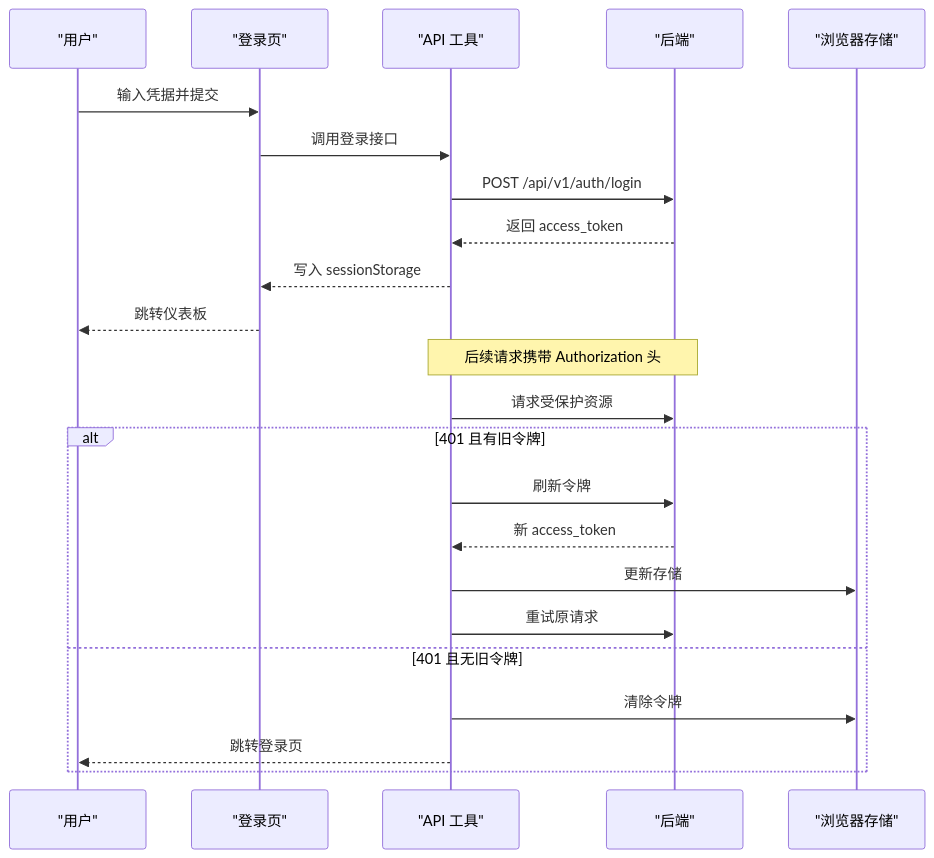
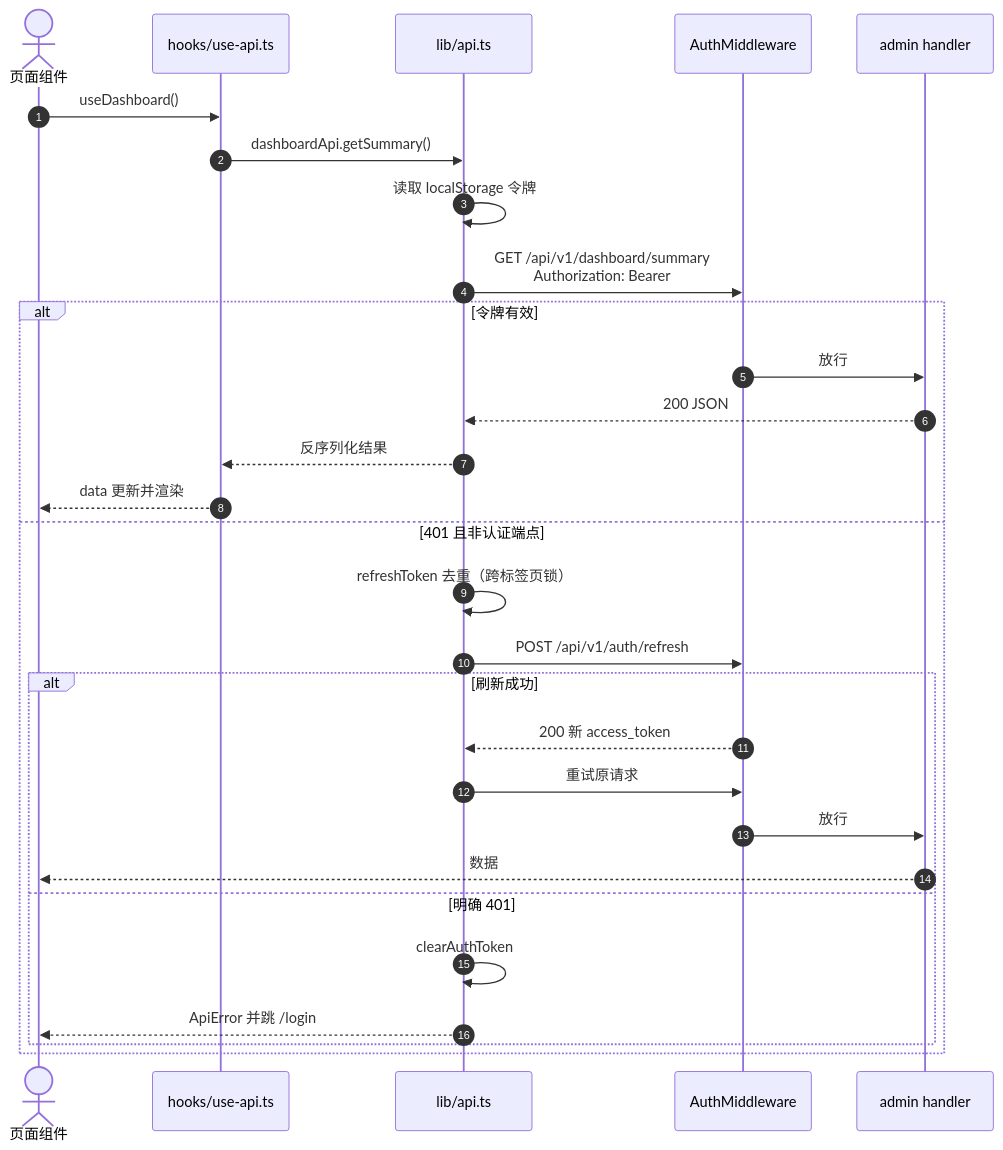
Before and after one commit to x01n/My-OpenWaf: the fourth of 8 diagrams in docs/前端管理界面/Next.js 架构设计/Next.js 架构设计.md, drawn with Mermaid. The commit also changed other lines of this file and 622 other files, not shown here.

````diff
--- a/docs/前端管理界面/Next.js 架构设计/Next.js 架构设计.md
+++ b/docs/前端管理界面/Next.js 架构设计/Next.js 架构设计.md
@@ -282,25 +402,31 @@
 ```mermaid
 sequenceDiagram
-participant U as "用户"
-participant LP as "登录页"
-participant API as "API 工具"
-participant BE as "后端"
-participant LS as "浏览器存储"
-U->>LP : 输入凭据并提交
-LP->>API : 调用登录接口
-API->>BE : POST /api/v1/auth/login
-BE-->>API : 返回 access_token
-API-->>LP : 写入 sessionStorage
-LP-->>U : 跳转仪表板
-Note over API,BE : 后续请求携带 Authorization 头
-API->>BE : 请求受保护资源
-alt 401 且有旧令牌
-API->>BE : 刷新令牌
-BE-->>API : 新 access_token
-API->>LS : 更新存储
-API->>BE : 重试原请求
-else 401 且无旧令牌
-API->>LS : 清除令牌
-API-->>U : 跳转登录页
-end
+  autonumber
+  actor P as 页面组件
+  participant H as hooks/use-api.ts
+  participant A as lib/api.ts
+  participant M as AuthMiddleware
+  participant D as admin handler
+  P->>H: useDashboard()
+  H->>A: dashboardApi.getSummary()
+  A->>A: 读取 localStorage 令牌
+  A->>M: GET /api/v1/dashboard/summary<br/>Authorization: Bearer
+  alt 令牌有效
+    M->>D: 放行
+    D-->>A: 200 JSON
+    A-->>H: 反序列化结果
+    H-->>P: data 更新并渲染
+  else 401 且非认证端点
+    A->>A: refreshToken 去重（跨标签页锁）
+    A->>M: POST /api/v1/auth/refresh
+    alt 刷新成功
+      M-->>A: 200 新 access_token
+      A->>M: 重试原请求
+      M->>D: 放行
+      D-->>P: 数据
+    else 明确 401
+      A->>A: clearAuthToken
+      A-->>P: ApiError 并跳 /login
+    end
+  end
 ```
````
